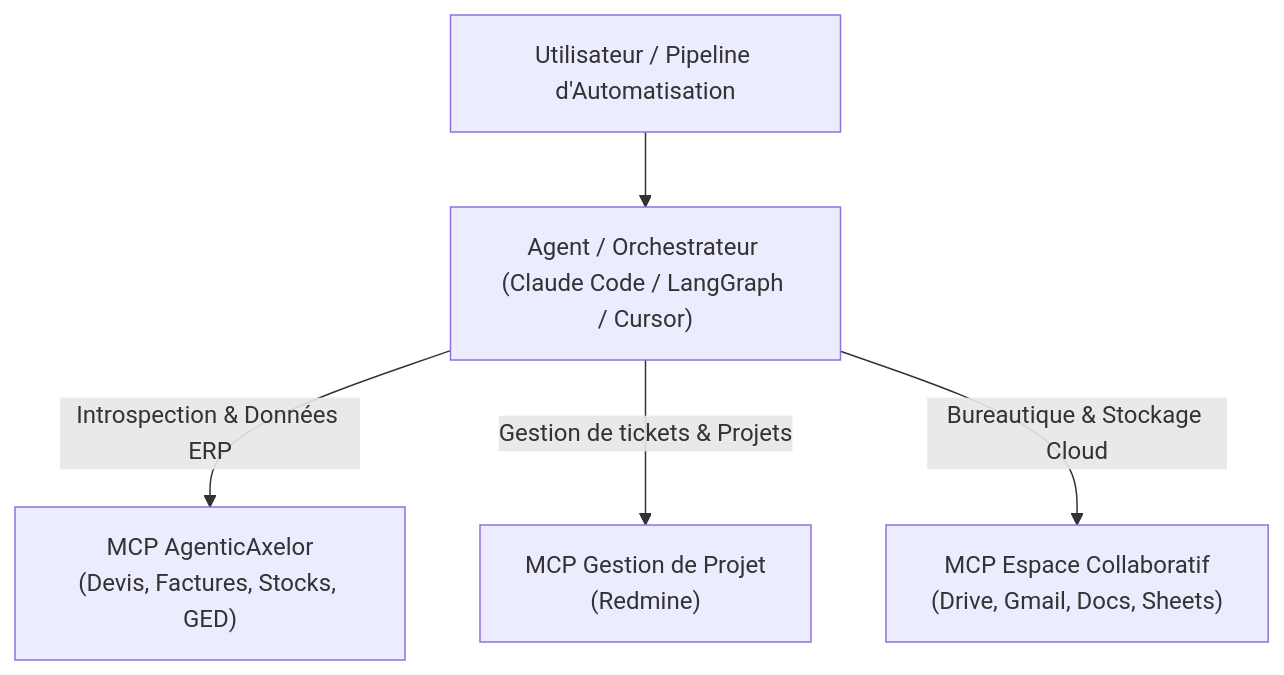
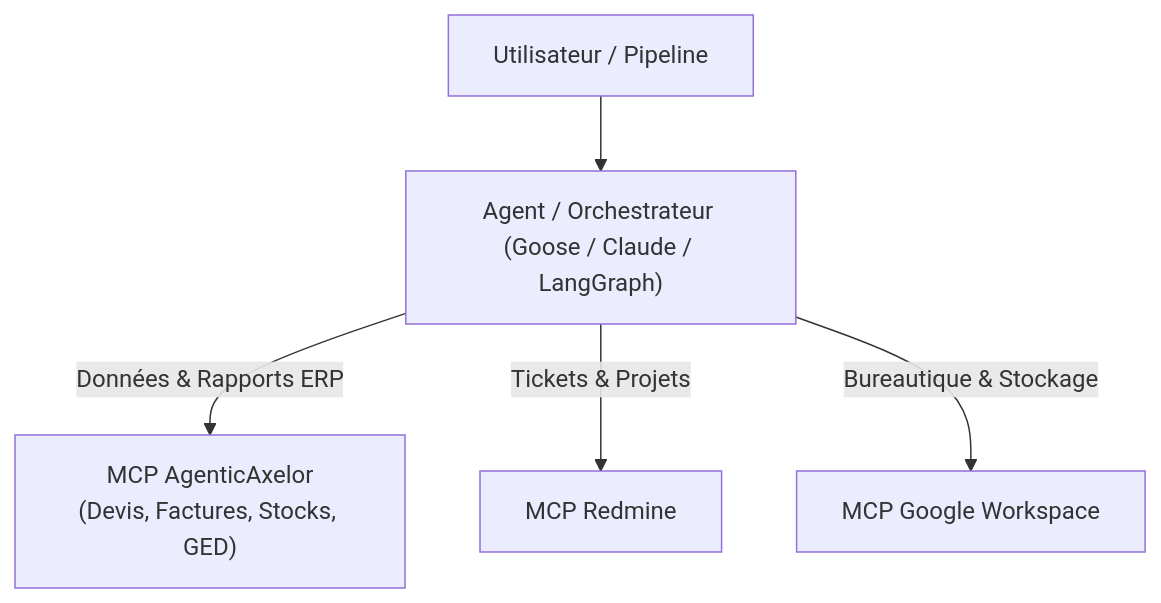
Before and after one commit to PabloBuilder/AgenticAxelor: the diagram in README.md, drawn with Mermaid. The commit also changed other lines of this file, not shown here.

````diff
--- a/README.md
+++ b/README.md
@@ -116,8 +104,8 @@
 ```mermaid
 graph TD
-    User["Utilisateur / Pipeline d'Automatisation"] --> Orchestrator["Agent / Orchestrateur (Claude Code / LangGraph / Cursor)"]
+    User["Utilisateur / Pipeline"] --> Orchestrator["Agent / Orchestrateur (Goose / Claude / LangGraph)"]
     
-    Orchestrator -->|Introspection & Données ERP| MCP_Axelor["MCP AgenticAxelor\n(Devis, Factures, Stocks, GED)"]
-    Orchestrator -->|Gestion de tickets & Projets| MCP_Redmine["MCP Gestion de Projet\n(Redmine)"]
-    Orchestrator -->|Bureautique & Stockage Cloud| MCP_Google["MCP Espace Collaboratif\n(Drive, Gmail, Docs, Sheets)"]
+    Orchestrator -->|Données & Rapports ERP| MCP_Axelor["MCP AgenticAxelor\n(Devis, Factures, Stocks, GED)"]
+    Orchestrator -->|Tickets & Projets| MCP_Redmine["MCP Redmine"]
+    Orchestrator -->|Bureautique & Stockage| MCP_Google["MCP Google Workspace"]
 ```
````
